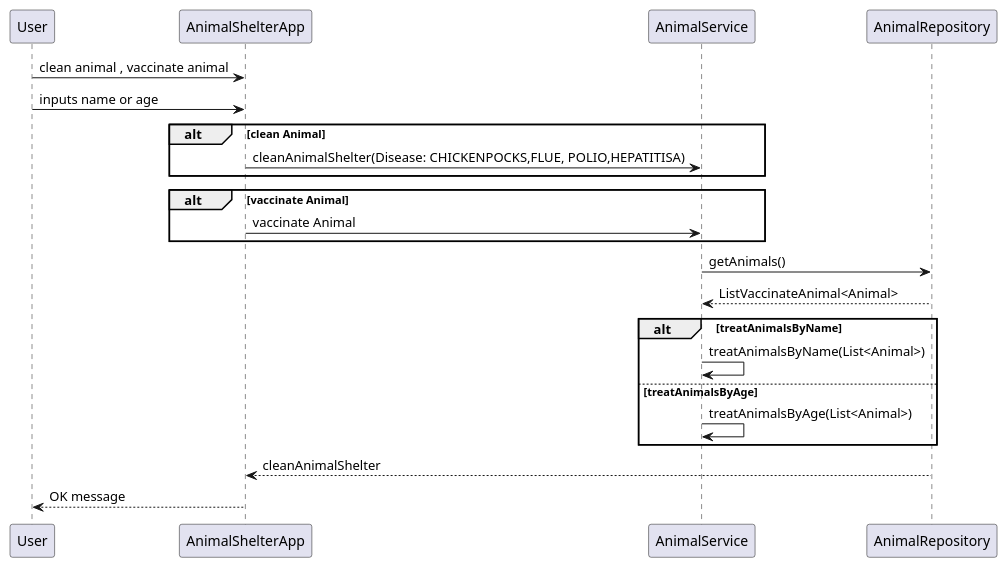
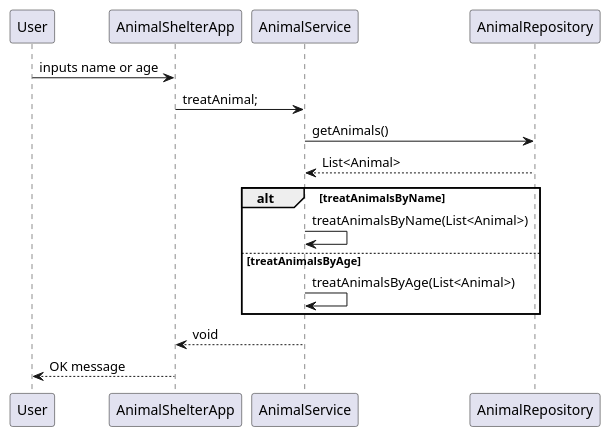
Before and after one commit to JananJavdan/AnimalShelterTestingJanan: the diagram in src/main/java/AnalyseAnimalShelter/sequence_treatanimals.puml, drawn with PlantUML. The commit also changed 23 other files, not shown here.

```diff
--- a/src/main/java/AnalyseAnimalShelter/sequence_treatanimals.puml
+++ b/src/main/java/AnalyseAnimalShelter/sequence_treatanimals.puml
@@ -1,28 +1,23 @@
 @startuml
 
-User -> AnimalShelterApp : clean animal , vaccinate animal
+
 User -> AnimalShelterApp : inputs name or age
 
-alt clean Animal
-AnimalShelterApp -> AnimalService : cleanAnimalShelter(Disease: CHICKENPOCKS,FLUE, POLIO,HEPATITISA)
-end
-alt vaccinate Animal
-AnimalShelterApp -> AnimalService : vaccinate Animal
-end
+AnimalShelterApp -> AnimalService : treatAnimal;
 
 AnimalService -> AnimalRepository : getAnimals()
-AnimalService <-- AnimalRepository : ListVaccinateAnimal<Animal>
+AnimalService <-- AnimalRepository : List<Animal>
 
 alt treatAnimalsByName
 AnimalService -> AnimalService : treatAnimalsByName(List<Animal>)
 
 
 else  treatAnimalsByAge
 AnimalService -> AnimalService : treatAnimalsByAge(List<Animal>)
 end
 
-AnimalRepository --> AnimalShelterApp : cleanAnimalShelter
+AnimalService --> AnimalShelterApp : void
 
 User <-- AnimalShelterApp : OK message
 
 @enduml
```
